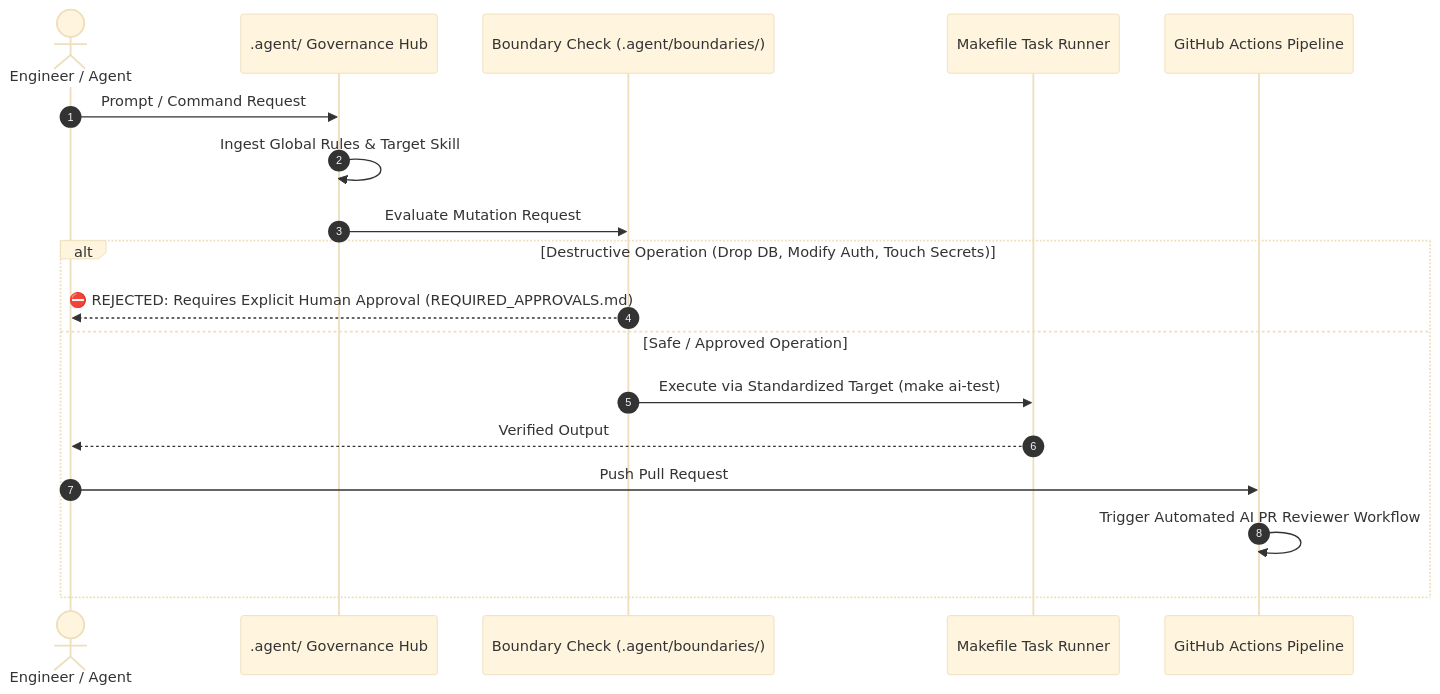
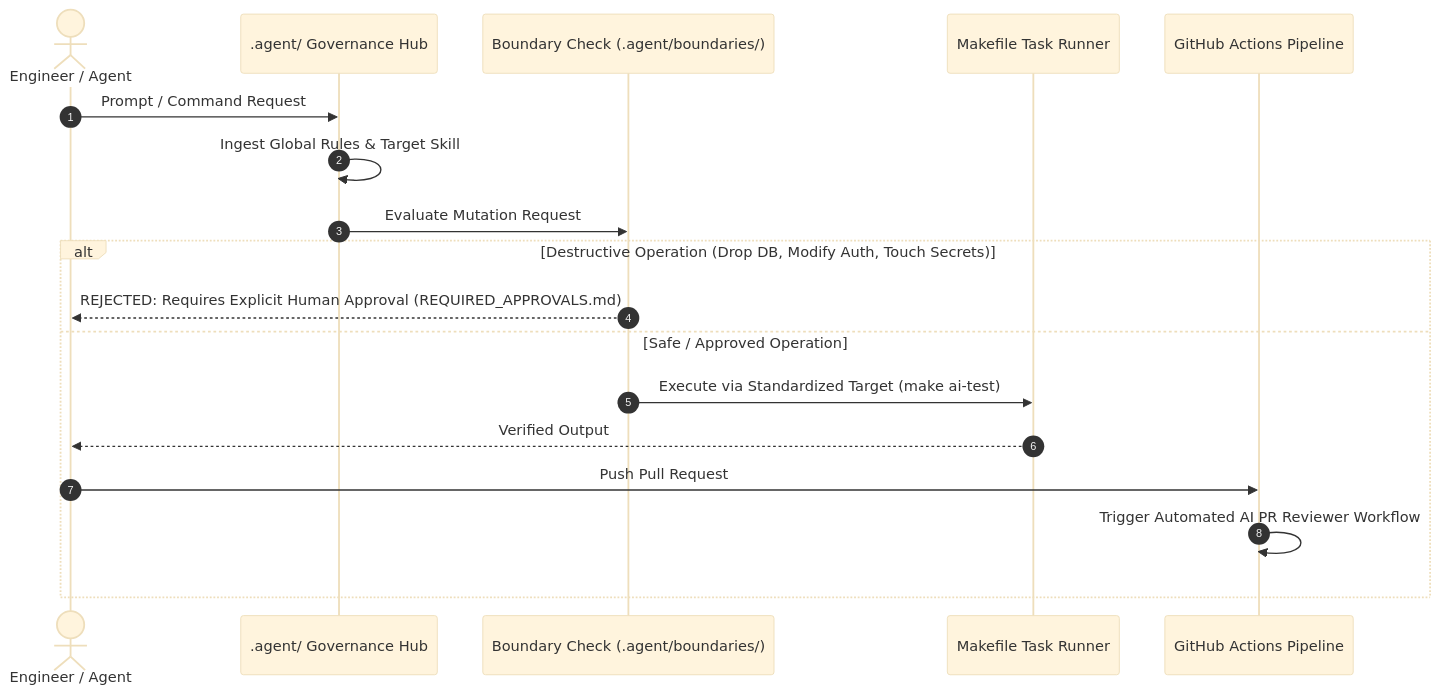
Before and after one commit to syniol/llm-software-project: the second of 2 diagrams in README.md, drawn with Mermaid (base theme). The commit also changed other lines of this file, not shown here.

````diff
--- a/README.md
+++ b/README.md
@@ -63,21 +63,21 @@
 ```mermaid
 sequenceDiagram
     autonumber
     actor Dev as Engineer / Agent
     participant Hub as .agent/ Governance Hub
     participant Gate as Boundary Check (.agent/boundaries/)
     participant Tool as Makefile Task Runner
     participant CI as GitHub Actions Pipeline
 
     Dev->>Hub: Prompt / Command Request
     Hub->>Hub: Ingest Global Rules & Target Skill
     Hub->>Gate: Evaluate Mutation Request
     alt Destructive Operation (Drop DB, Modify Auth, Touch Secrets)
-        Gate-->>Dev: ⛔ REJECTED: Requires Explicit Human Approval (REQUIRED_APPROVALS.md)
+        Gate-->>Dev: REJECTED: Requires Explicit Human Approval (REQUIRED_APPROVALS.md)
     else Safe / Approved Operation
         Gate->>Tool: Execute via Standardized Target (make ai-test)
         Tool-->>Dev: Verified Output
         Dev->>CI: Push Pull Request
         CI->>CI: Trigger Automated AI PR Reviewer Workflow
     end
 ```
````
